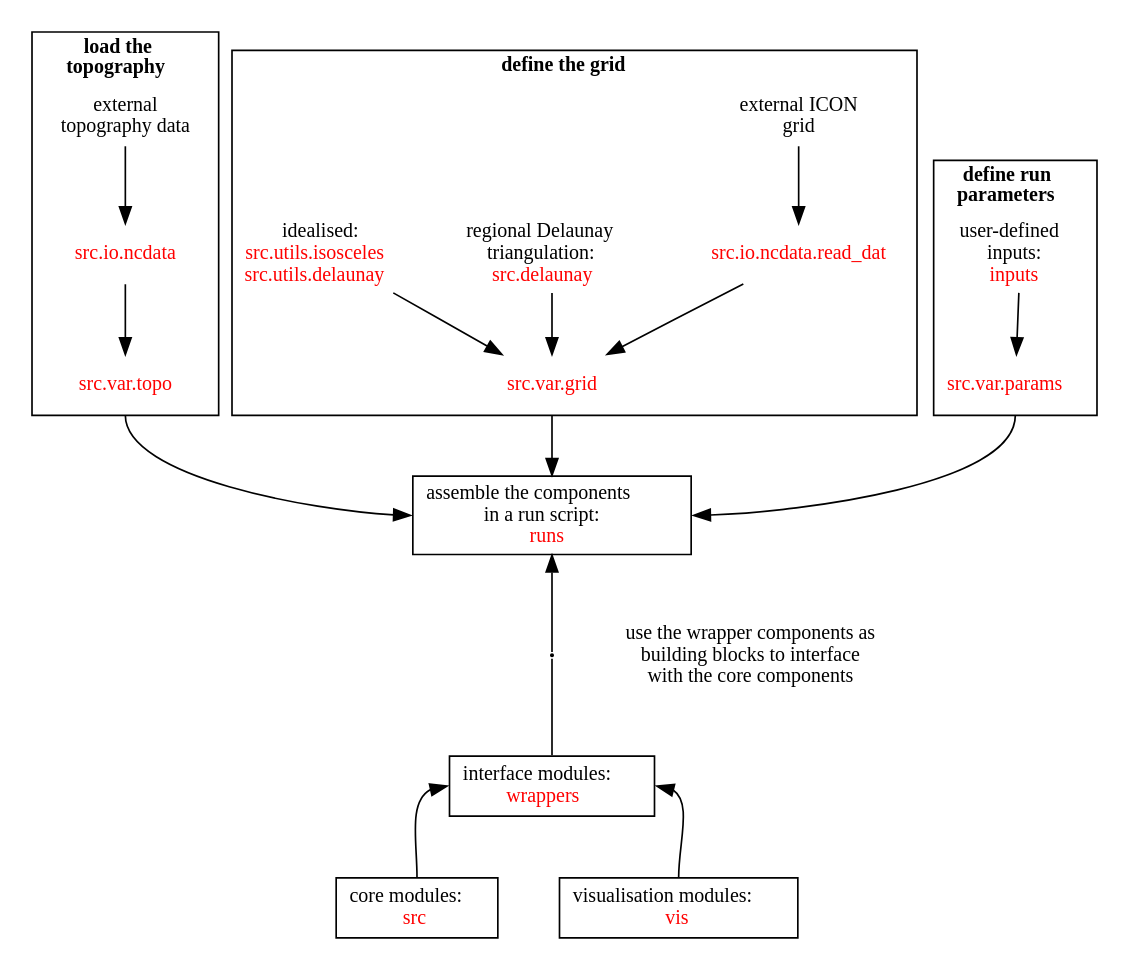
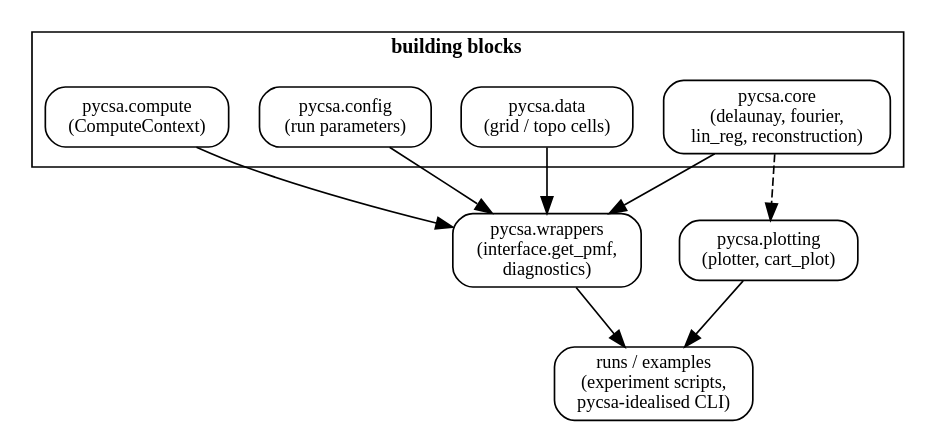
Before and after one commit to ray-chew/pycsa: the diagram in docs/source/quick_start.rst, drawn with Graphviz. The commit also changed other lines of this file and 10 other files, not shown here.

```diff
--- a/docs/source/quick_start.rst
+++ b/docs/source/quick_start.rst
@@ -24,166 +24,39 @@
 .. graphviz::
     :align: center
     :name: structure
-    :alt: CSA program structure
-    :caption: CSA program structure
+    :alt: pyCSA program structure
+    :caption: pyCSA program structure
 
-    digraph {    
-        graph [
-            fontname="Verdana", 
-            fontsize="12",
-            ];
+    digraph {
+        graph [fontname="Verdana", fontsize="12"];
+        node  [fontname="Verdana", fontsize="11", shape=box, style=rounded];
+        edge  [fontname="Sans", fontsize="9"];
 
-        node [
-            fontname="Verdana", 
-            fontsize="12", 
-            color=transparent, 
-            shape=record
-            ];
+        data     [label="pycsa.data\n(grid / topo cells)",
+                  URL="_autosummary/pycsa.data.cell.html", target="_top"];
+        config   [label="pycsa.config\n(run parameters)",
+                  URL="_autosummary/pycsa.config.params.html", target="_top"];
+        core     [label="pycsa.core\n(delaunay, fourier,\nlin_reg, reconstruction)",
+                  URL="_autosummary/pycsa.core.html", target="_top"];
+        compute  [label="pycsa.compute\n(ComputeContext)",
+                  URL="_autosummary/pycsa.compute.html", target="_top"];
+        wrappers [label="pycsa.wrappers\n(interface.get_pmf,\ndiagnostics)",
+                  URL="_autosummary/pycsa.wrappers.html", target="_top"];
+        plotting [label="pycsa.plotting\n(plotter, cart_plot)",
+                  URL="_autosummary/pycsa.plotting.html", target="_top"];
+        runs     [label="runs / examples\n(experiment scripts,\npycsa-idealised CLI)"];
 
-        edge [
-            fontname="Sans", 
-            fontsize="9"
-            ];
-
-        //-----------------------------------
-        topo [
-            label="external\ntopography data"
-            ];
-
-        ncdata [
-            label="src.io.ncdata", 
-            fontcolor=red, 
-            URL="modules/src.io.html#src.io.ncdata", 
-            target="_top"
-            ];
-
-        vartopo [
-            label="src.var.topo", 
-            fontcolor=red, 
-            URL="modules/src.var.html#src.var.topo", 
-            target="_top"
-            ];
-    
-        subgraph cluster_topo {
-            margin=0
-            label = <<B>load the<br/>topography</B>>;
-            topo -> ncdata -> vartopo [weight=99];
-        };
-    
-        //-----------------------------------
-        extgrid [
-            label="external ICON\ngrid"
-            ];
-
-        readdat [
-            label="src.io.ncdata.read_dat",
-            fontcolor=red, 
-            URL="modules/src.io.html#src.io.ncdata.read_dat", target="_top"
-            ];
-
-        vargrid [
-            label="src.var.grid",
-            fontcolor=red, 
-            URL="modules/src.var.html#src.var.grid"
-            target="_top"
-            ];
-
-        delaunay [
-            label=<regional Delaunay<br/>triangulation:<br/><font color="red">src.delaunay</font>>, 
-            URL="modules/src.delaunay.html#src.delaunay.get_decomposition", 
-            target="_top"
-            ];
-
-        isosceles [
-            label=<idealised:<br/><font color="red">src.utils.isosceles<br/>src.utils.delaunay</font>>, 
-            URL="modules/src.utils.html#src.utils.isosceles", 
-            target="_top"
-            ];
-        
-        subgraph cluster_grid {
-            margin=0;
-            label = <<B>define the grid</B>>;
-            extgrid -> readdat;
-            readdat -> vargrid;
-            delaunay -> vargrid [weight=1];
-            isosceles -> vargrid;
-        };
-        
-        //-----------------------------------
-        inputs [
-            label=<user-defined<br/>inputs:<br/><font color="red">inputs</font>>,
-            URL="modules/inputs.html",
-            target="_top"
-            ];
-
-        params [
-            label=<<font color="red">src.var.params</font>>,
-            URL="modules/src.var.html#src.var.params",
-            target="_top"
-            ];
-        
-        subgraph cluster_input {
-            margin=0;
-            label = <<B>define run<br/>parameters</B>>;
-            inputs -> params;
+        subgraph cluster_inputs {
+            margin=8;
+            label = <<B>building blocks</B>>;
+            data; config; core; compute;
         }
 
-        //-----------------------------------
-
-        runs [
-            label=<assemble the components<br/>in a run script:<br/><font color="red">runs</font>>, 
-            color=black,
-            URL="modules/runs.html",
-            target="_top"
-            ];
-        
-        vartopo:s -> runs:w [ltail=cluster_topo];
-        params:s -> runs:e [ltail=cluster_input];
-        vargrid:s -> runs:n [ltail=cluster_grid];
-       
-        nodepoint [shape=point, color=black, width=0.02];
-        runs:s -> nodepoint:n [style=invis];
-        nodepoint:n -> runs:s [weight=999];
-
-        //-----------------------------------
-        
-        wrappers [
-            label=<interface modules:<br/><font color="red">wrappers</font>>, 
-            color=black,
-            URL="modules/wrappers.html",
-            target="_top"
-            ];
-
-        nodepoint:e -> wrappers [style=invis,weight=0];
-        wrappers:n -> nodepoint:s [arrowhead=none];
-        
-        exp [
-            label="use the wrapper components as\nbuilding blocks to interface\nwith the core components"
-            ];
-        
-        {rank=same; exp ; nodepoint};
-
-        //-----------------------------------
-
-        src [
-            label=<core modules:<br/><font color="red">src</font>>, 
-            color=black,
-            URL="modules/src.html"
-            target="_top"
-            ];
-
-        vis [
-            label=<visualisation modules:<br/><font color="red">vis</font>>, 
-            color=black,
-            URL="modules/vis.html"
-            target="_top"
-            ];
-    
-        nodepoint1 [shape=point, style=invis, width=0.01];
-        
-        wrappers:s -> nodepoint1:n [style=invis];
-        {rank=same; src; nodepoint1; vis};
-        
-        src:n -> wrappers:w [weight=-10];
-        vis:n -> wrappers:e;
+        data     -> wrappers;
+        config   -> wrappers;
+        core     -> wrappers;
+        compute  -> wrappers;
+        core     -> plotting [style=dashed];
+        wrappers -> runs;
+        plotting -> runs;
     }
```
